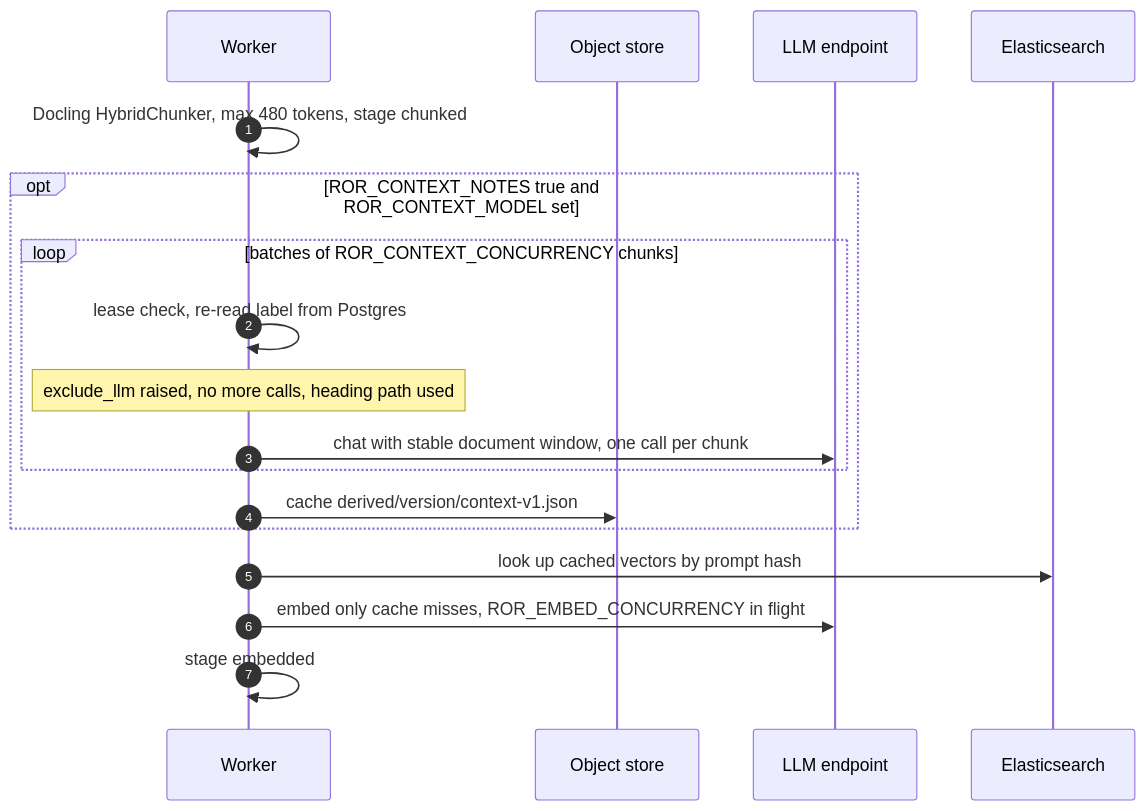
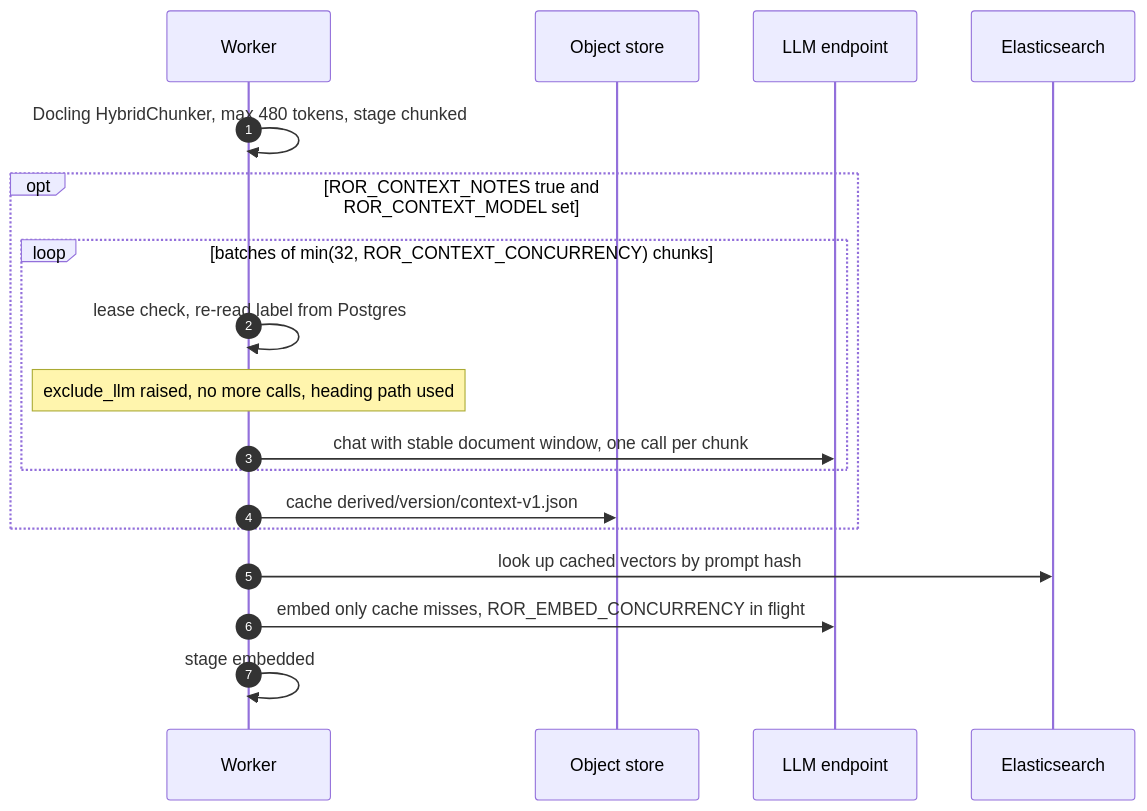
The ninth of 12 diagrams in docs/architecture/ingest.md (sgtslaughta/roracle), drawn with Mermaid before and after one commit. The commit also changed other lines of this file and 1 other file, not shown here.

Commit message:
docs(architecture): tighten reranker ruling and ingest details

````diff
--- a/docs/architecture/ingest.md
+++ b/docs/architecture/ingest.md
@@ -279,20 +280,20 @@
 ```mermaid
 sequenceDiagram
   autonumber
   participant W as Worker
   participant S as Object store
   participant L as LLM endpoint
   participant E as Elasticsearch
   W->>W: Docling HybridChunker, max 480 tokens, stage chunked
   opt ROR_CONTEXT_NOTES true and ROR_CONTEXT_MODEL set
-    loop batches of ROR_CONTEXT_CONCURRENCY chunks
+    loop batches of min(32, ROR_CONTEXT_CONCURRENCY) chunks
       W->>W: lease check, re-read label from Postgres
       Note over W: exclude_llm raised, no more calls, heading path used
       W->>L: chat with stable document window, one call per chunk
     end
     W->>S: cache derived/version/context-v1.json
   end
   W->>E: look up cached vectors by prompt hash
   W->>L: embed only cache misses, ROR_EMBED_CONCURRENCY in flight
   W->>W: stage embedded
 ```
````
